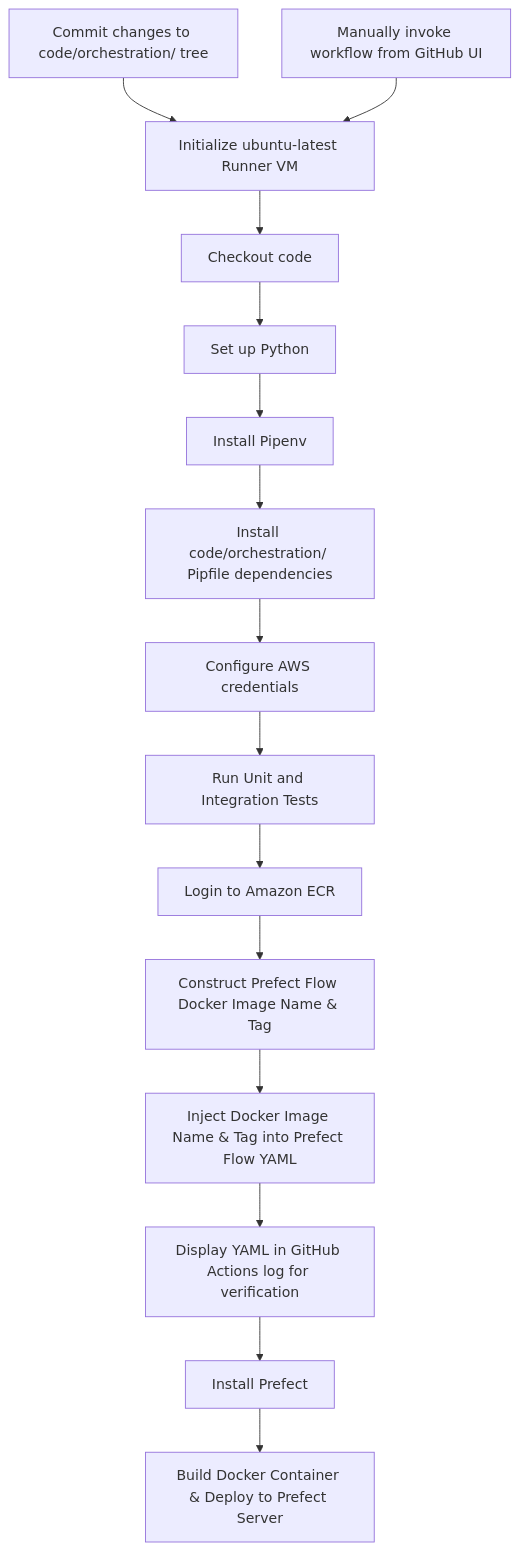
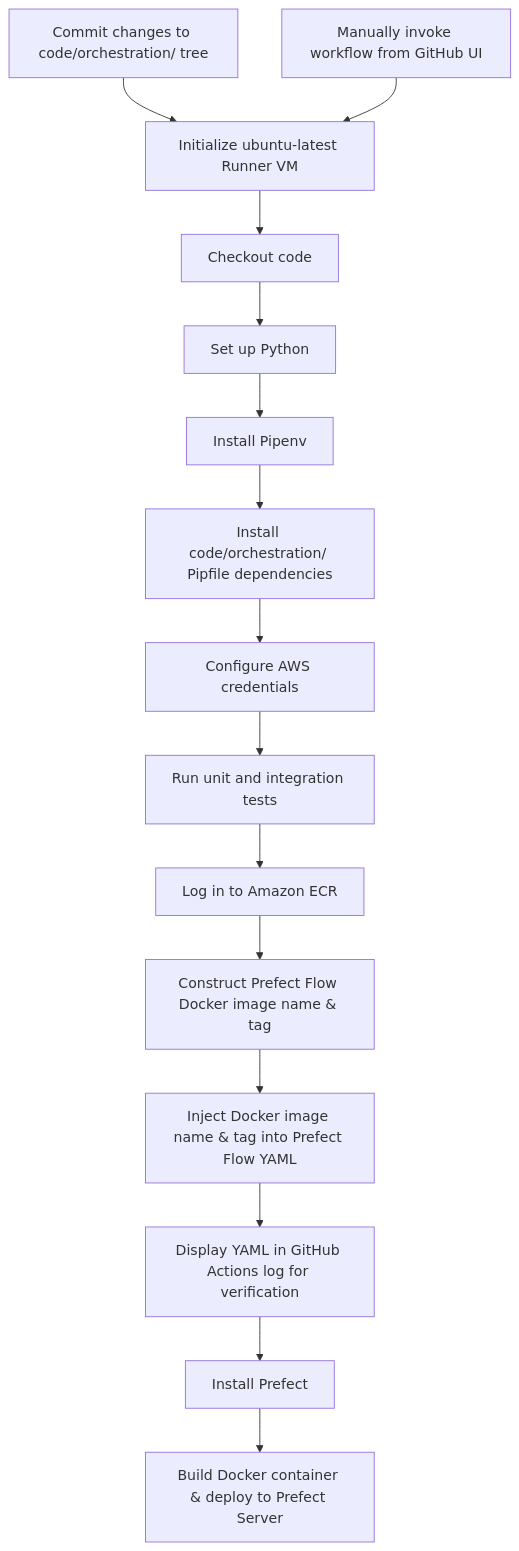
One commit to paultongyoo/churn-model-evaluation-platform changed the third of 3 diagrams in README.md. Above: the diagram before and after it, drawn with Mermaid.

````diff
--- a/README.md
+++ b/README.md
@@ -578,21 +578,21 @@
 ```mermaid
 flowchart TD
     A[Commit changes to code/orchestration/ tree]
     B[Manually invoke workflow from GitHub UI]
     C[Initialize ubuntu-latest Runner VM]
     D[Checkout code]
     E[Set up Python]
     F[Install Pipenv]
     G[Install code/orchestration/ Pipfile dependencies]
     H[Configure AWS credentials]
-    I[Run Unit and Integration Tests]
-    J[Login to Amazon ECR]
-    K[Construct Prefect Flow Docker Image Name & Tag]
-    L[Inject Docker Image Name & Tag into Prefect Flow YAML]
+    I[Run unit and integration tests]
+    J[Log in to Amazon ECR]
+    K[Construct Prefect Flow Docker image name & tag]
+    L[Inject Docker image name & tag into Prefect Flow YAML]
     M[Display YAML in GitHub Actions log for verification]
     N[Install Prefect]
-    O[Build Docker Container & Deploy to Prefect Server]
+    O[Build Docker container & deploy to Prefect Server]
     A-->C;
     B-->C;
     C-->D-->E-->F-->G-->H-->I-->J-->K-->L-->M-->N-->O;
 ```
````
